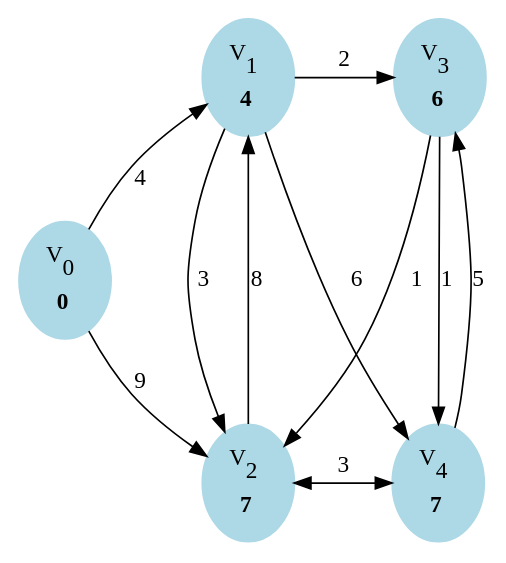
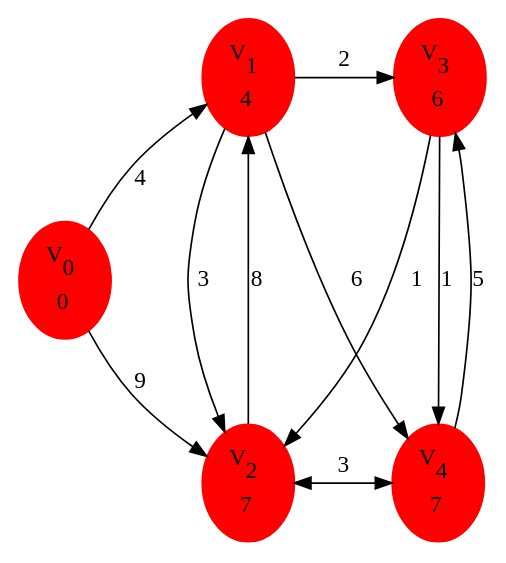
Before and after one commit to dwysocki/ai-programming1: the diagram in exercises/graphviz/a2e7_f.dot, drawn with Graphviz. The commit also changed 19 other files, not shown here.

Commit message:
Improved notation in Dijkstra graphs

```diff
--- a/exercises/graphviz/a2e7_f.dot
+++ b/exercises/graphviz/a2e7_f.dot
@@ -1,58 +1,63 @@
 /* Chapter 2 Exercise 7 Graph (b) */
 digraph dijkstra {
   size = "10,10";
   rankdir = TB;
   node [color=lightblue, style=filled];
 
   "V0" [
-    label = <V<SUB>0</SUB> <BR/><BR/><B>0</B>>
+    label = <V<SUB>0</SUB> <BR/><BR/>0>
+    color = red
   ];
   "V1" [
-    label = <V<SUB>1</SUB> <BR/><BR/><B>4</B>>
+    label = <V<SUB>1</SUB> <BR/><BR/>4>
+    color = red
   ];
   "V2" [
-    label = <V<SUB>2</SUB> <BR/><BR/><B>7</B>>
+    label = <V<SUB>2</SUB> <BR/><BR/>7>
+    color = red
   ];
   "V3" [
-    label = <V<SUB>3</SUB> <BR/><BR/><B>6</B>>
+    label = <V<SUB>3</SUB> <BR/><BR/>6>
+    color = red
   ];
   "V4" [
-    label = <V<SUB>4</SUB> <BR/><BR/><B>7</B>>
+    label = <V<SUB>4</SUB> <BR/><BR/>7>
+    color = red
   ];
 
   {rank=min; "V1" "V3"}
   {rank=same; "V0"}
   {rank=max; "V2" "V4"}
 
   "V0" -> "V1" [
     label = 4
   ];
   "V0" -> "V2" [
     label = 9
   ];
   "V1" -> "V2" [
     label = 3
   ];
   "V2" -> "V1" [
     label = 8
   ];
   "V1" -> "V3" [
     label = 2
   ];
   "V1" -> "V4" [
     label = 6
   ];
   "V2" -> "V4" [
     label = 3
     dir = both
   ];
   "V3" -> "V2" [
     label = 1
   ];
   "V3" -> "V4" [
     label = 1
   ];
   "V4" -> "V3" [
     label = 5
   ];
 }
```
